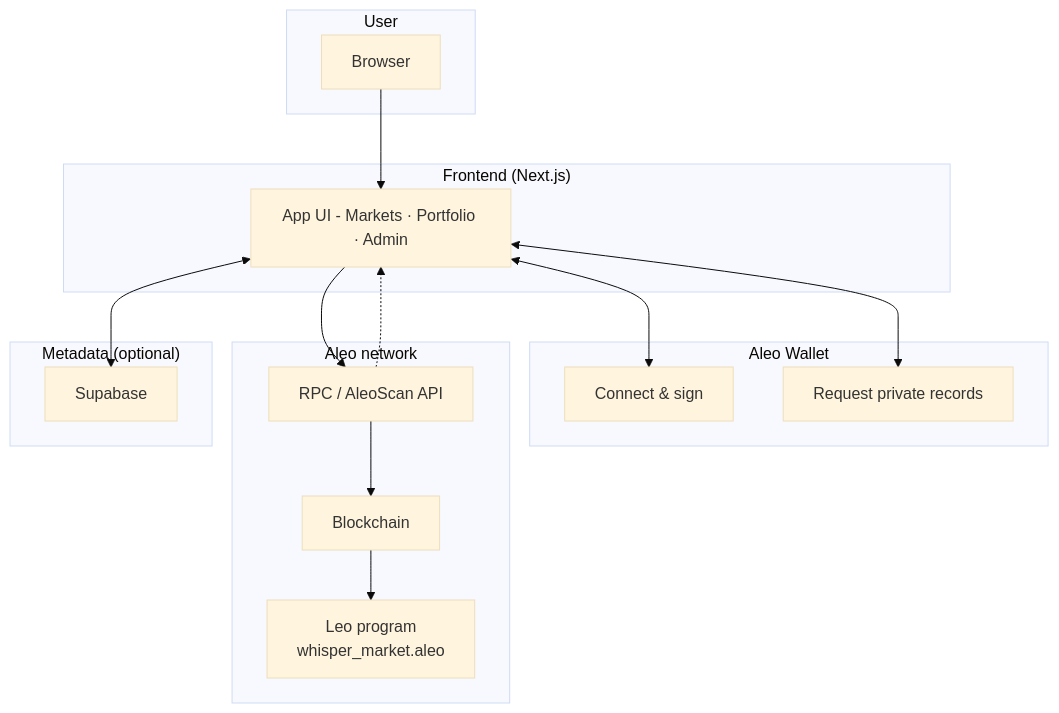
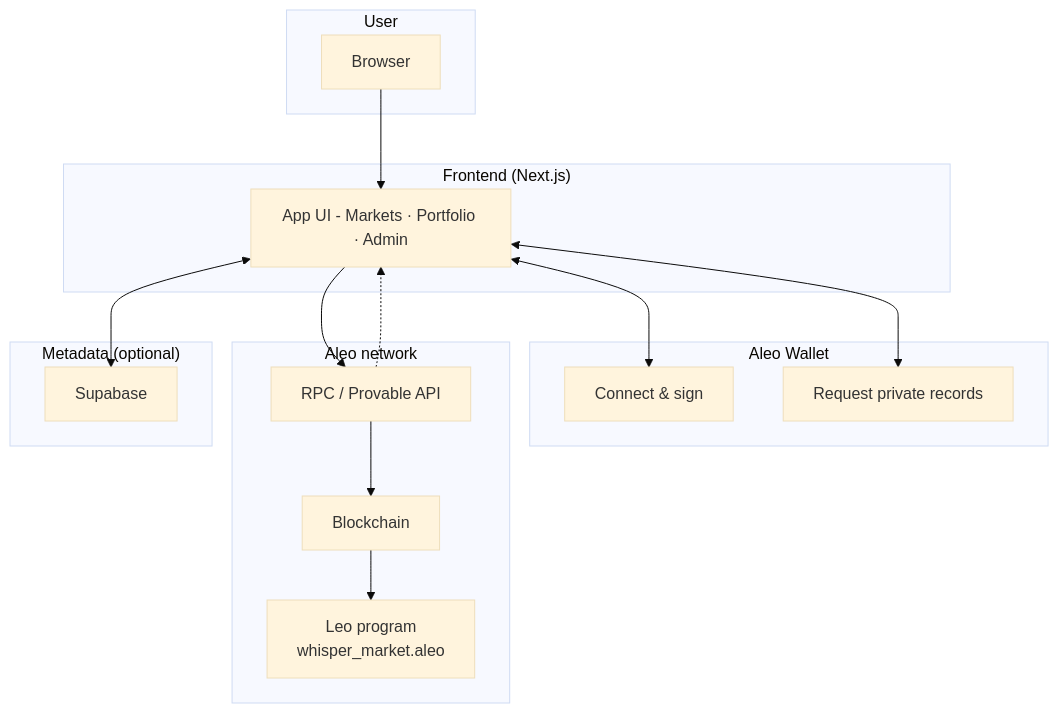
The diagram in README.md (mikenike360/WhisperMarket), drawn with Mermaid (base theme) before and after one commit. The commit also changed other lines of this file and 9 other files, not shown here.

````diff
--- a/README.md
+++ b/README.md
@@ -122,34 +122,34 @@
 ```mermaid
 flowchart TB
   subgraph user["User"]
     Browser[Browser]
   end
 
   subgraph frontend["Frontend (Next.js)"]
     App[App UI - Markets · Portfolio · Admin]
   end
 
   subgraph wallet["Aleo Wallet"]
     Connect[Connect & sign]
     Records[Request private records]
   end
 
   subgraph aleo["Aleo network"]
-    RPC[RPC / AleoScan API]
+    RPC[RPC / Provable API]
     Chain[Blockchain]
     Program[Leo program\nwhisper_market.aleo]
   end
 
   subgraph data["Metadata (optional)"]
     Supabase[Supabase]
   end
 
   Browser --> App
   App <--> Connect
   App <--> Records
   App --> RPC
   RPC --> Chain
   Chain --> Program
   App <--> Supabase
   RPC -.-> App
 ```
````
